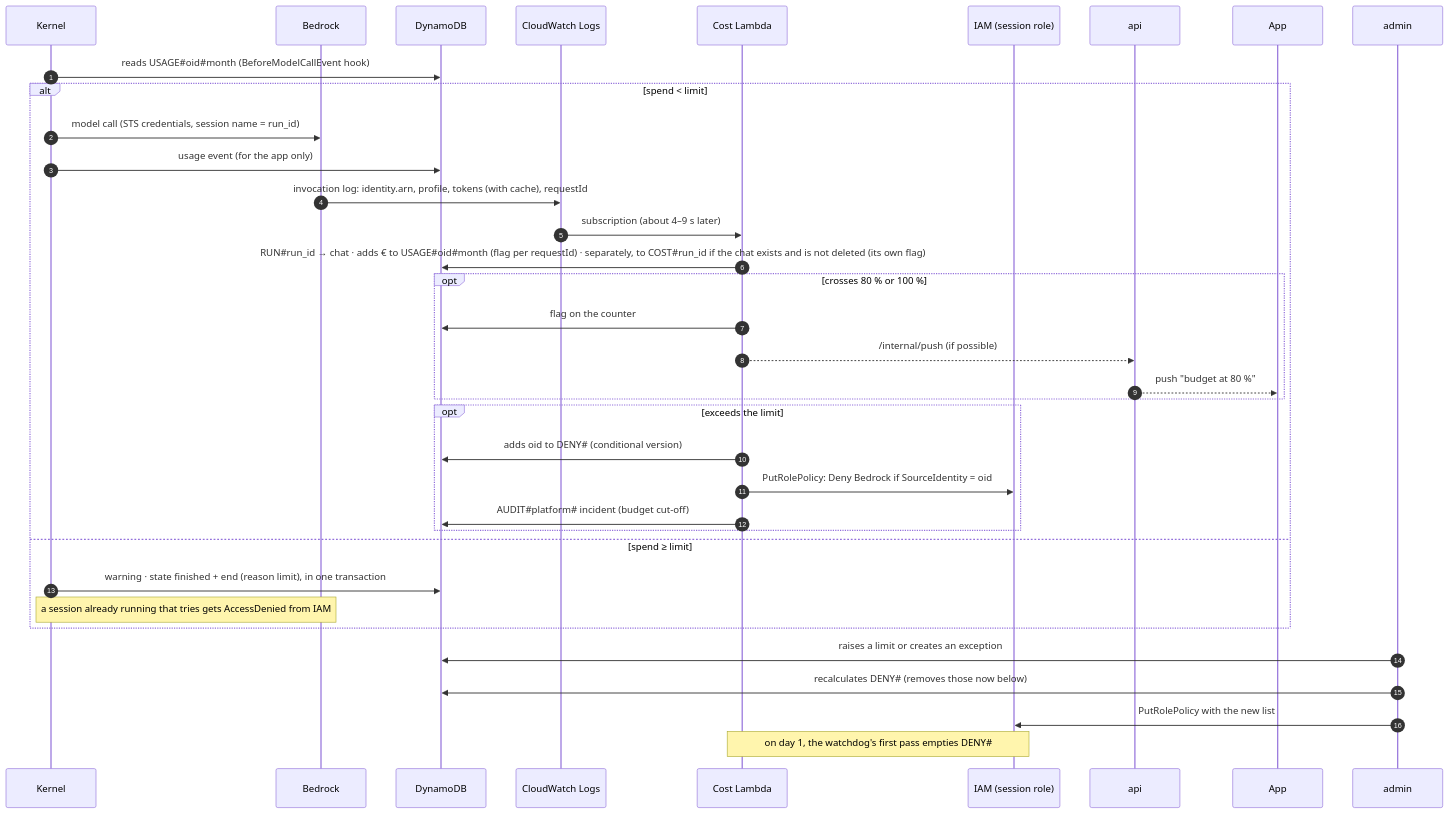
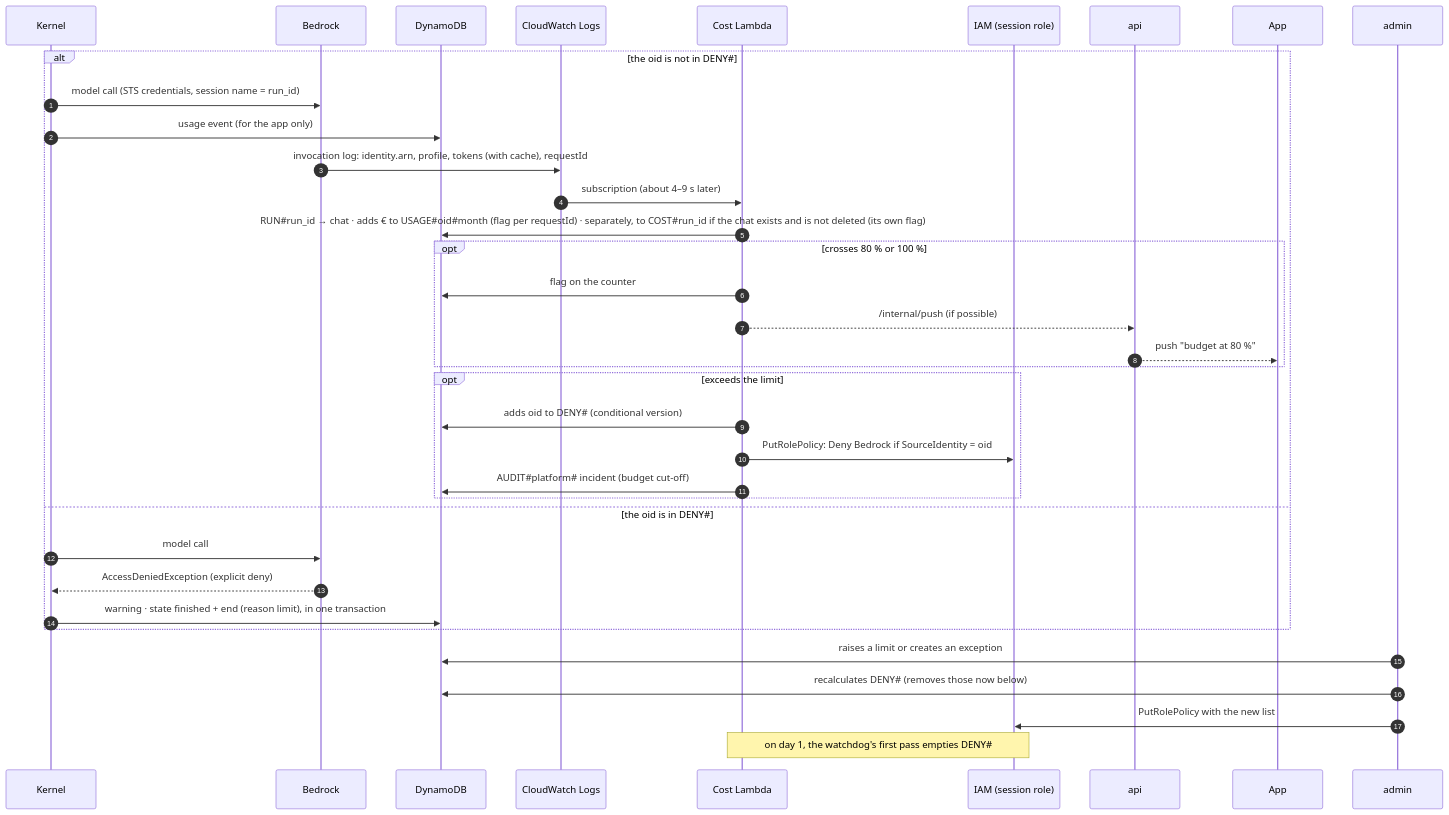
The ninth of 11 diagrams in docs/arquitectura-agentes.md (ikermendi/sample-agent-platform-with-agentcore), drawn with Mermaid before and after one commit. The commit also changed other lines of this file, not shown here.

````diff
--- a/docs/arquitectura-agentes.md
+++ b/docs/arquitectura-agentes.md
@@ -1252,39 +1253,39 @@
 ```mermaid
 sequenceDiagram
   autonumber
   participant K as Kernel
   participant B as Bedrock
   participant D as DynamoDB
   participant CW as CloudWatch Logs
   participant C as Cost Lambda
   participant IAM as IAM (session role)
   participant API as api
   participant App as App
   participant A as admin
 
-  K->>D: reads USAGE#35;oid#35;month (BeforeModelCallEvent hook)
-  alt spend < limit
+  alt the oid is not in DENY#35;
     K->>B: model call (STS credentials, session name = run_id)
     K->>D: usage event (for the app only)
     B->>CW: invocation log: identity.arn, profile, tokens (with cache), requestId
     CW->>C: subscription (about 4–9 s later)
     C->>D: RUN#35;run_id → chat · adds € to USAGE#35;oid#35;month (flag per requestId) · separately, to COST#35;run_id if the chat exists and is not deleted (its own flag)
     opt crosses 80 % or 100 %
       C->>D: flag on the counter
       C-->>API: /internal/push (if possible)
       API-->>App: push "budget at 80 %"
     end
     opt exceeds the limit
       C->>D: adds oid to DENY#35; (conditional version)
       C->>IAM: PutRolePolicy: Deny Bedrock if SourceIdentity = oid
       C->>D: AUDIT#35;platform#35; incident (budget cut-off)
     end
-  else spend ≥ limit
+  else the oid is in DENY#35;
+    K->>B: model call
+    B-->>K: AccessDeniedException (explicit deny)
     K->>D: warning · state finished + end (reason limit), in one transaction
-    Note over K,B: a session already running that tries gets AccessDenied from IAM
   end
   A->>D: raises a limit or creates an exception
   A->>D: recalculates DENY#35; (removes those now below)
   A->>IAM: PutRolePolicy with the new list
   Note over C,IAM: on day 1, the watchdog's first pass empties DENY#35;
 ```
````
